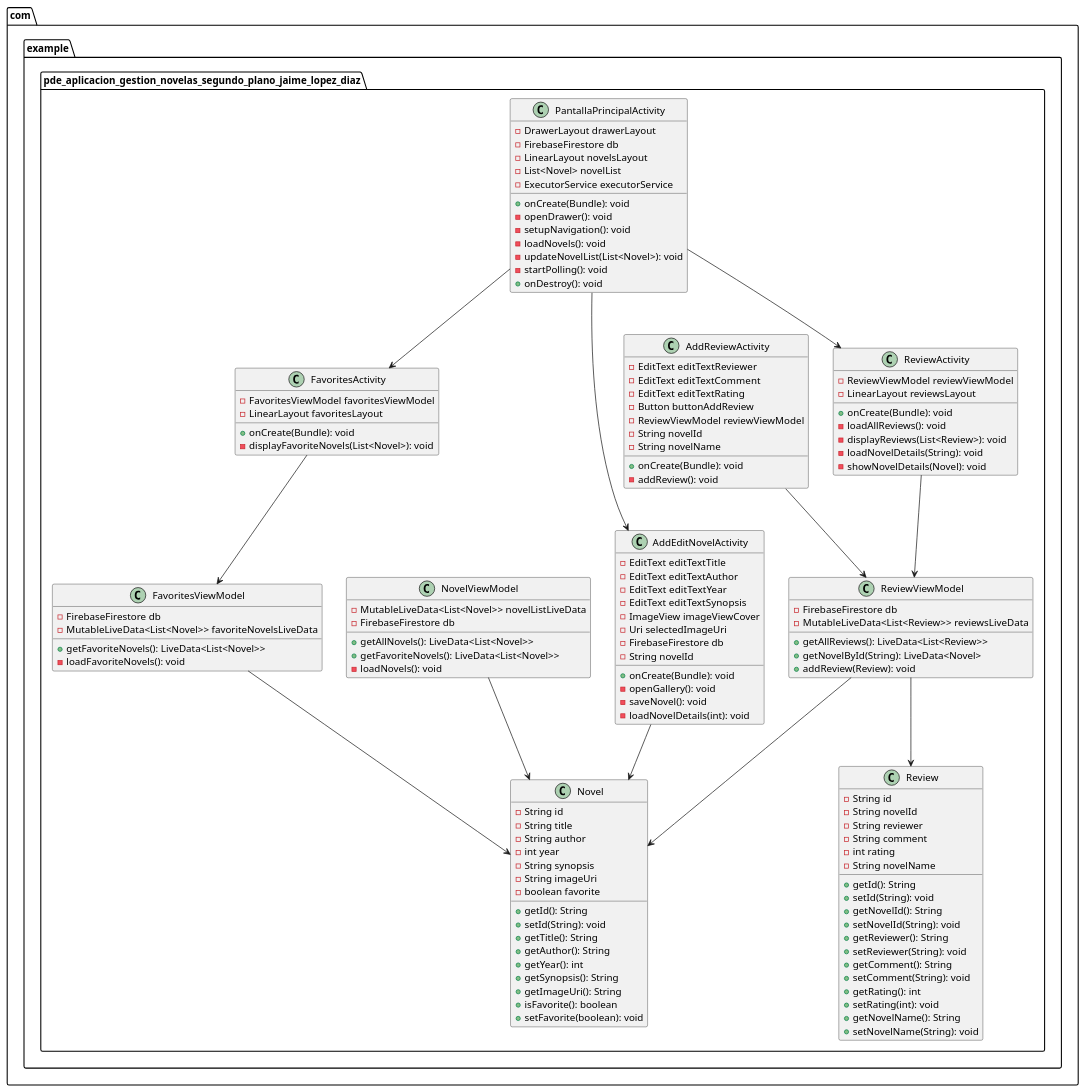
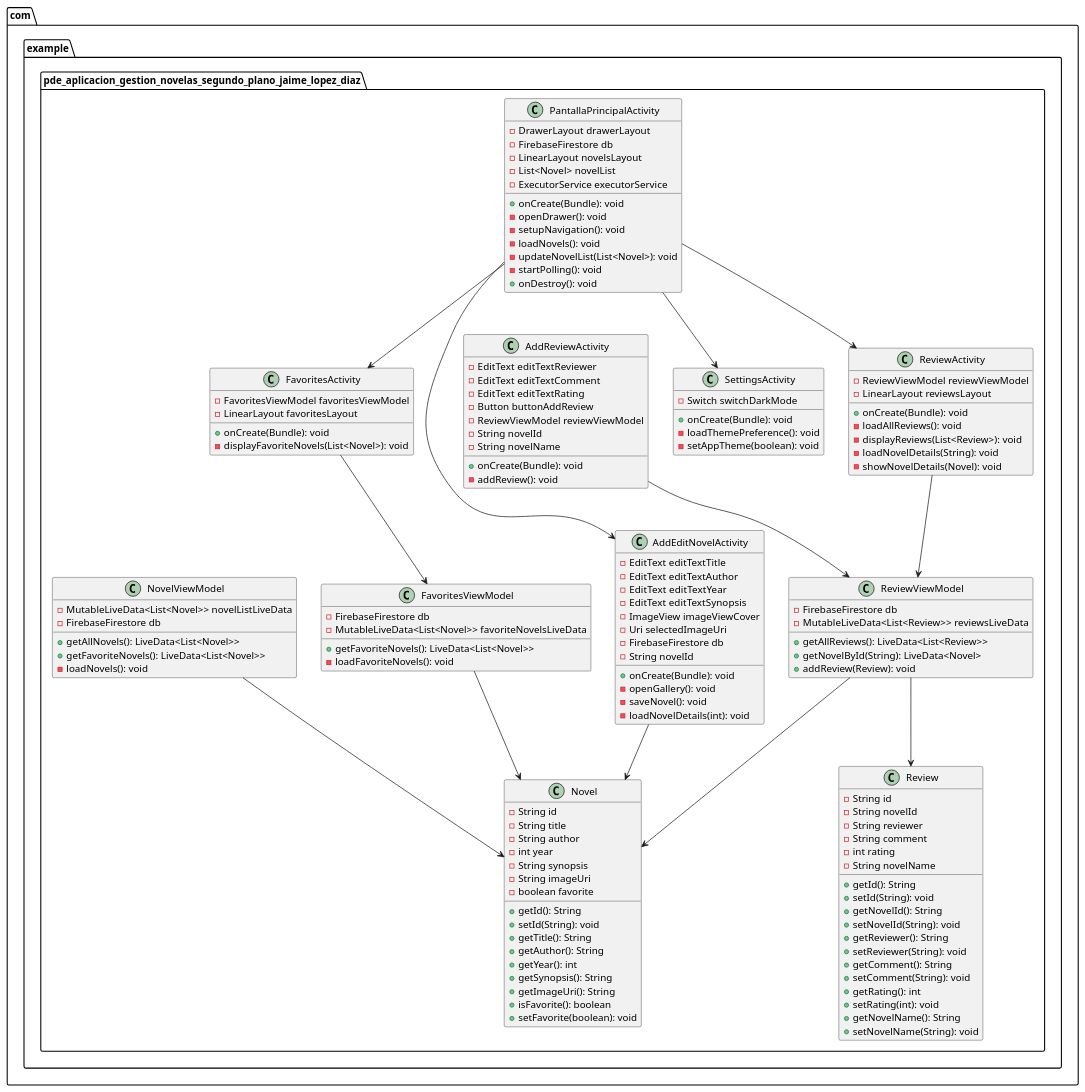
Before and after one commit to Jaime1999l/Jaime_Lopez_Diaz_Gestion_de_Novelas_con_Almacenamiento_de_Datos_del_Usuario: the diagram in app/src/main/java/uml/UMLClasesNovelas.puml, drawn with PlantUML. The commit also changed 1 other file, not shown here.

```diff
--- a/app/src/main/java/uml/UMLClasesNovelas.puml
+++ b/app/src/main/java/uml/UMLClasesNovelas.puml
@@ -1,137 +1,145 @@
 @startuml
 package com.example.pde_aplicacion_gestion_novelas_segundo_plano_jaime_lopez_diaz {
     class PantallaPrincipalActivity {
         - DrawerLayout drawerLayout
         - FirebaseFirestore db
         - LinearLayout novelsLayout
         - List<Novel> novelList
         - ExecutorService executorService
         + onCreate(Bundle): void
         - openDrawer(): void
         - setupNavigation(): void
         - loadNovels(): void
         - updateNovelList(List<Novel>): void
         - startPolling(): void
         + onDestroy(): void
     }
 
     class ReviewActivity {
         - ReviewViewModel reviewViewModel
         - LinearLayout reviewsLayout
         + onCreate(Bundle): void
         - loadAllReviews(): void
         - displayReviews(List<Review>): void
         - loadNovelDetails(String): void
         - showNovelDetails(Novel): void
     }
 
     class AddReviewActivity {
         - EditText editTextReviewer
         - EditText editTextComment
         - EditText editTextRating
         - Button buttonAddReview
         - ReviewViewModel reviewViewModel
         - String novelId
         - String novelName
         + onCreate(Bundle): void
         - addReview(): void
     }
 
     class FavoritesActivity {
         - FavoritesViewModel favoritesViewModel
         - LinearLayout favoritesLayout
         + onCreate(Bundle): void
         - displayFavoriteNovels(List<Novel>): void
     }
 
     class AddEditNovelActivity {
         - EditText editTextTitle
         - EditText editTextAuthor
         - EditText editTextYear
         - EditText editTextSynopsis
         - ImageView imageViewCover
         - Uri selectedImageUri
         - FirebaseFirestore db
         - String novelId
         + onCreate(Bundle): void
         - openGallery(): void
         - saveNovel(): void
         - loadNovelDetails(int): void
     }
 
     class ReviewViewModel {
         - FirebaseFirestore db
         - MutableLiveData<List<Review>> reviewsLiveData
         + getAllReviews(): LiveData<List<Review>>
         + getNovelById(String): LiveData<Novel>
         + addReview(Review): void
     }
 
     class NovelViewModel {
         - MutableLiveData<List<Novel>> novelListLiveData
         - FirebaseFirestore db
         + getAllNovels(): LiveData<List<Novel>>
         + getFavoriteNovels(): LiveData<List<Novel>>
         - loadNovels(): void
     }
 
     class FavoritesViewModel {
         - FirebaseFirestore db
         - MutableLiveData<List<Novel>> favoriteNovelsLiveData
         + getFavoriteNovels(): LiveData<List<Novel>>
         - loadFavoriteNovels(): void
     }
 
     class Novel {
         - String id
         - String title
         - String author
         - int year
         - String synopsis
         - String imageUri
         - boolean favorite
         + getId(): String
         + setId(String): void
         + getTitle(): String
         + getAuthor(): String
         + getYear(): int
         + getSynopsis(): String
         + getImageUri(): String
         + isFavorite(): boolean
         + setFavorite(boolean): void
     }
 
     class Review {
         - String id
         - String novelId
         - String reviewer
         - String comment
         - int rating
         - String novelName
         + getId(): String
         + setId(String): void
         + getNovelId(): String
         + setNovelId(String): void
         + getReviewer(): String
         + setReviewer(String): void
         + getComment(): String
         + setComment(String): void
         + getRating(): int
         + setRating(int): void
         + getNovelName(): String
         + setNovelName(String): void
     }
 
+    class SettingsActivity {
+        - Switch switchDarkMode
+        + onCreate(Bundle): void
+        - loadThemePreference(): void
+        - setAppTheme(boolean): void
+    }
+
     PantallaPrincipalActivity --> AddEditNovelActivity
     PantallaPrincipalActivity --> FavoritesActivity
     PantallaPrincipalActivity --> ReviewActivity
+    PantallaPrincipalActivity --> SettingsActivity
     ReviewActivity --> ReviewViewModel
     AddReviewActivity --> ReviewViewModel
     FavoritesActivity --> FavoritesViewModel
     AddEditNovelActivity --> Novel
     ReviewViewModel --> Review
     ReviewViewModel --> Novel
     NovelViewModel --> Novel
     FavoritesViewModel --> Novel
 }
 @enduml
```
